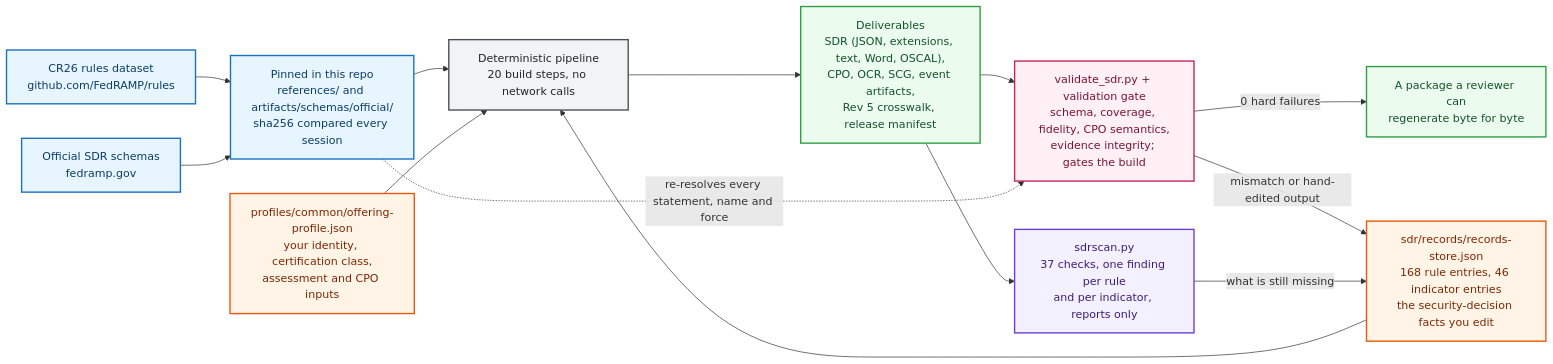
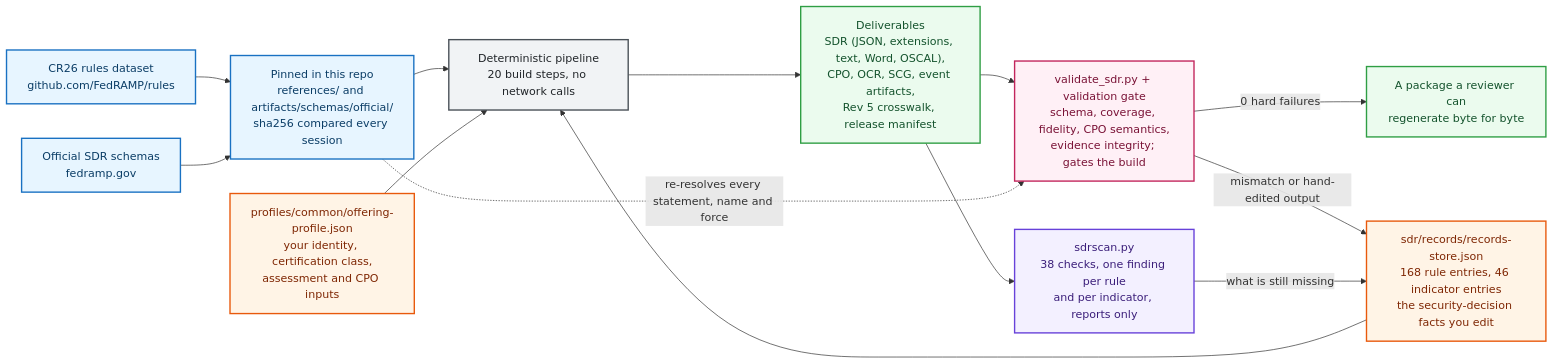
Before and after one commit to satishuv/FEDRAMP-20x-SDR-Documentation: the first of 3 diagrams in docs/architecture.md, drawn with Mermaid. The commit also changed 7 other files, not shown here.

````diff
--- a/docs/architecture.md
+++ b/docs/architecture.md
@@ -9,39 +9,39 @@
 ```mermaid
 flowchart LR
     DSU["CR26 rules dataset<br/>github.com/FedRAMP/rules"]
     SCU["Official SDR schemas<br/>fedramp.gov"]
     PIN["Pinned in this repo<br/>references/ and artifacts/schemas/official/<br/>sha256 compared every session"]
     RS["sdr/records/records-store.json<br/>168 rule entries, 46 indicator entries<br/>the security-decision facts you edit"]
     OP["profiles/common/offering-profile.json<br/>your identity, certification class,<br/>assessment and CPO inputs"]
     PIPE["Deterministic pipeline<br/>20 build steps, no network calls"]
     OUT["Deliverables<br/>SDR (JSON, extensions, text, Word, OSCAL),<br/>CPO, OCR, SCG, event artifacts,<br/>Rev 5 crosswalk, release manifest"]
     GATE["validate_sdr.py + validation gate<br/>schema, coverage, fidelity, CPO semantics,<br/>evidence integrity; gates the build"]
-    SCAN["sdrscan.py<br/>37 checks, one finding per rule<br/>and per indicator, reports only"]
+    SCAN["sdrscan.py<br/>38 checks, one finding per rule<br/>and per indicator, reports only"]
     SHIP["A package a reviewer can<br/>regenerate byte for byte"]
 
     DSU --> PIN
     SCU --> PIN
     PIN --> PIPE
     RS --> PIPE
     OP --> PIPE
     PIPE --> OUT
     OUT --> GATE
     OUT --> SCAN
     PIN -.->|re-resolves every statement, name and force| GATE
     GATE -->|0 hard failures| SHIP
     GATE -->|mismatch or hand-edited output| RS
     SCAN -->|what is still missing| RS
 
     classDef src fill:#e7f5ff,stroke:#1971c2,stroke-width:2px,color:#0b3d66
     classDef you fill:#fff4e6,stroke:#e8590c,stroke-width:2px,color:#7f2704
     classDef step fill:#f1f3f5,stroke:#495057,stroke-width:2px,color:#212529
     classDef out fill:#ebfbee,stroke:#2f9e44,stroke-width:2px,color:#14532d
     classDef gate fill:#fff0f6,stroke:#c2255c,stroke-width:2px,color:#7a1236
     classDef scan fill:#f3f0ff,stroke:#6741d9,stroke-width:2px,color:#3b1e7a
     class DSU,SCU,PIN src
     class RS,OP you
     class PIPE step
     class OUT,SHIP out
     class GATE gate
     class SCAN scan
 ```
````
